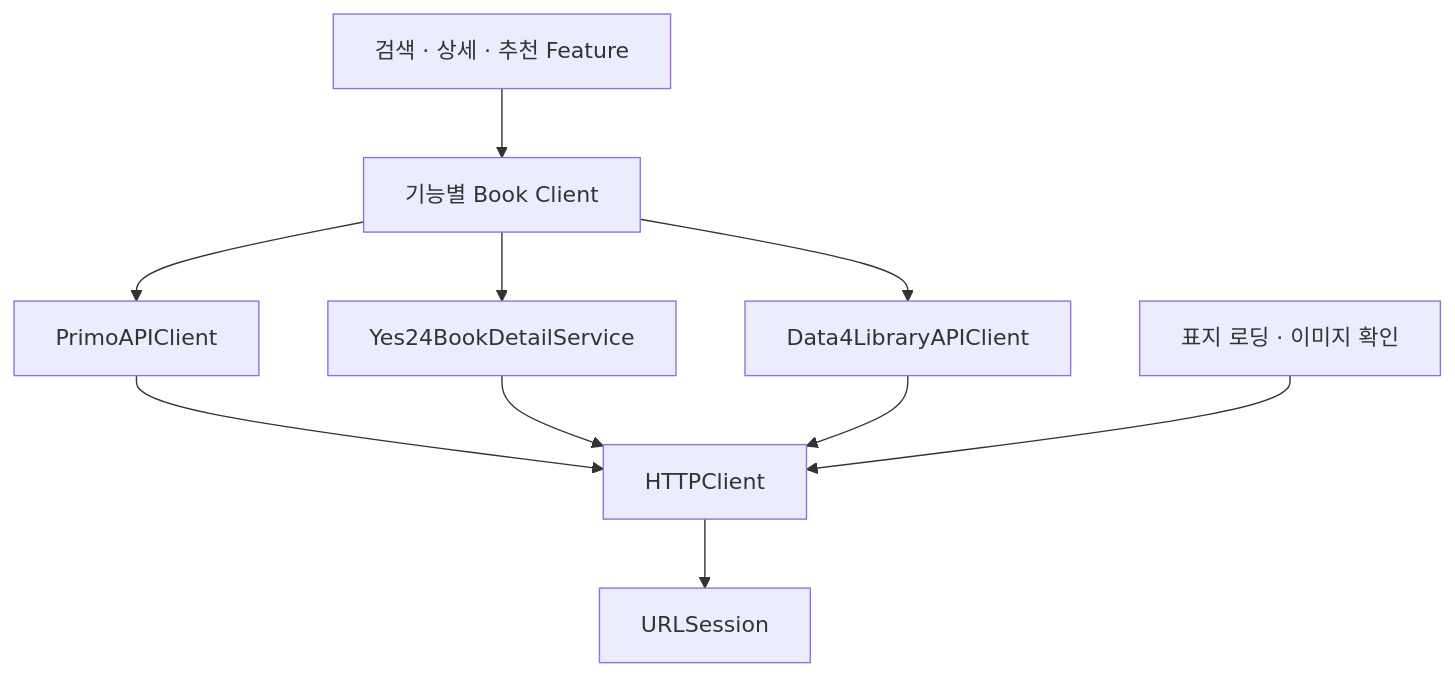
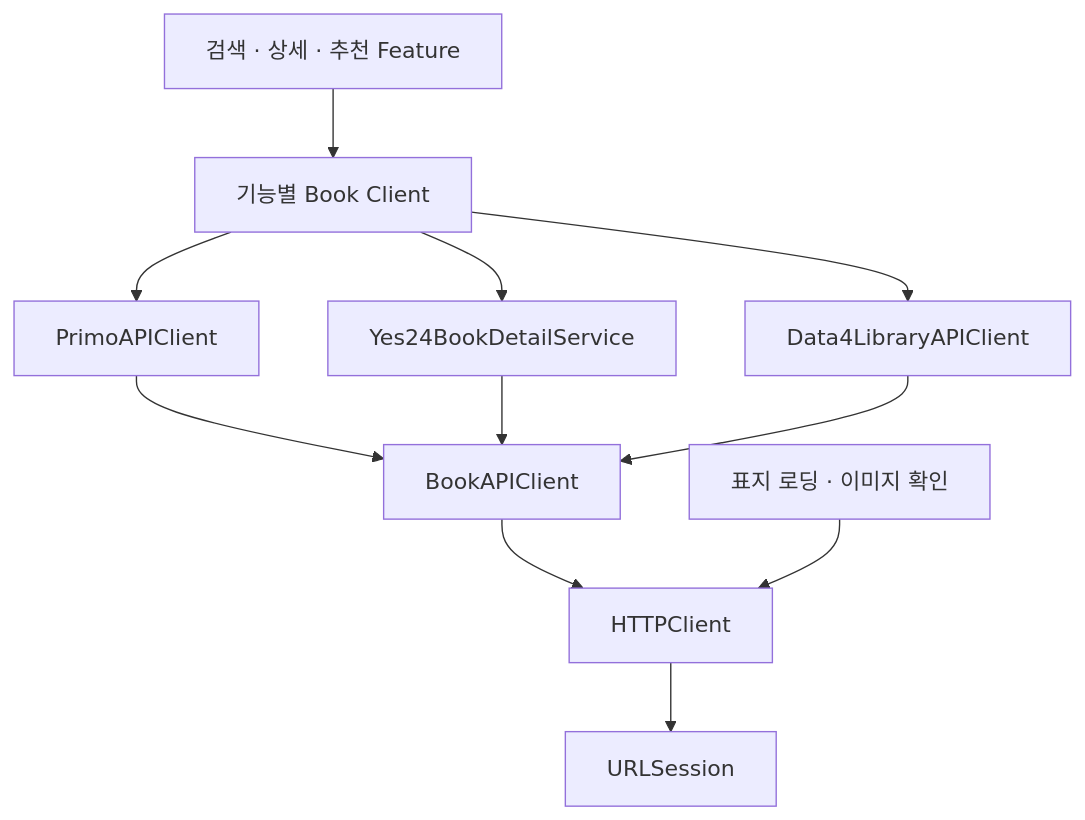
The diagram in Docs/BookNetworking.md (adap-c6-fingerprint/postech-library), drawn with Mermaid before and after one commit. The commit also changed other lines of this file and 36 other files, not shown here.

````diff
--- a/Docs/BookNetworking.md
+++ b/Docs/BookNetworking.md
@@ -6,12 +8,13 @@
 ```mermaid
 flowchart TD
     Features[검색 · 상세 · 추천 Feature] --> Clients[기능별 Book Client]
     Clients --> Primo[PrimoAPIClient]
     Clients --> Yes24[Yes24BookDetailService]
     Clients --> Data4[Data4LibraryAPIClient]
-    Primo --> HTTP[HTTPClient]
-    Yes24 --> HTTP
-    Data4 --> HTTP
+    Primo --> Relay[BookAPIClient]
+    Yes24 --> Relay
+    Data4 --> Relay
+    Relay --> HTTP[HTTPClient]
     Images[표지 로딩 · 이미지 확인] --> HTTP
     HTTP --> Session[URLSession]
 ```
````
